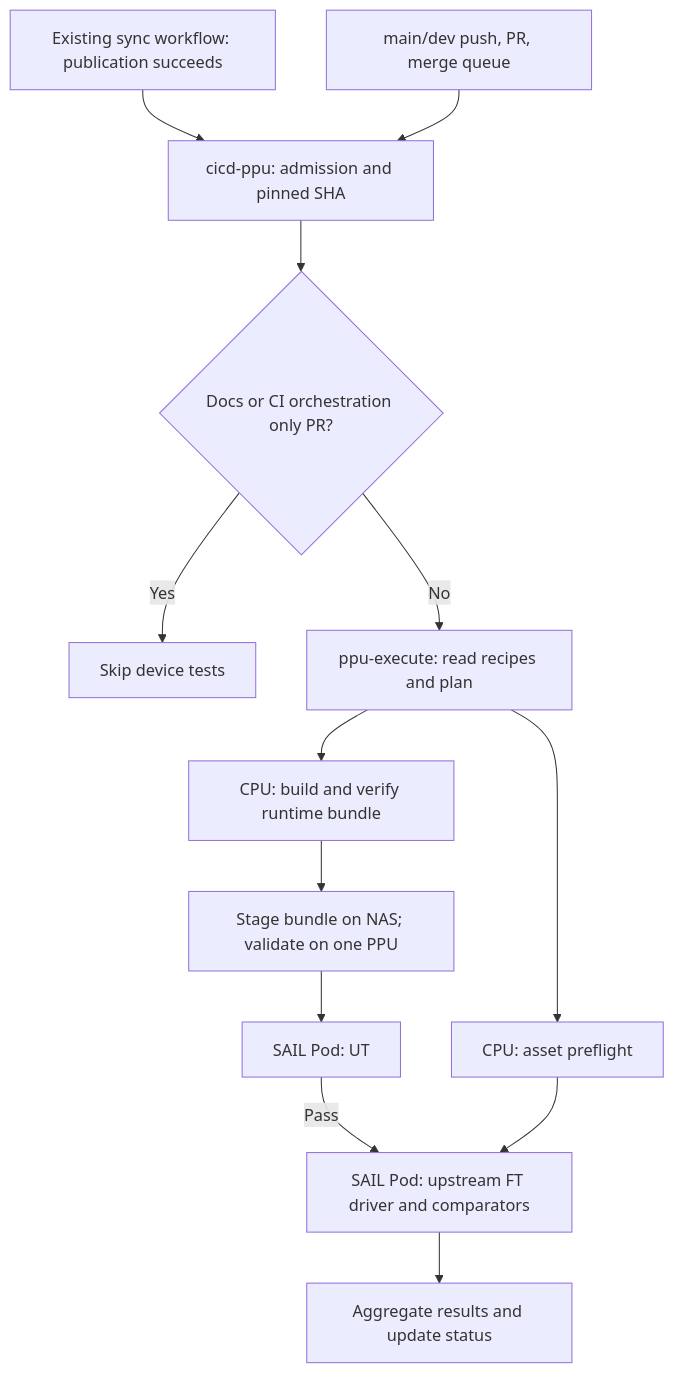
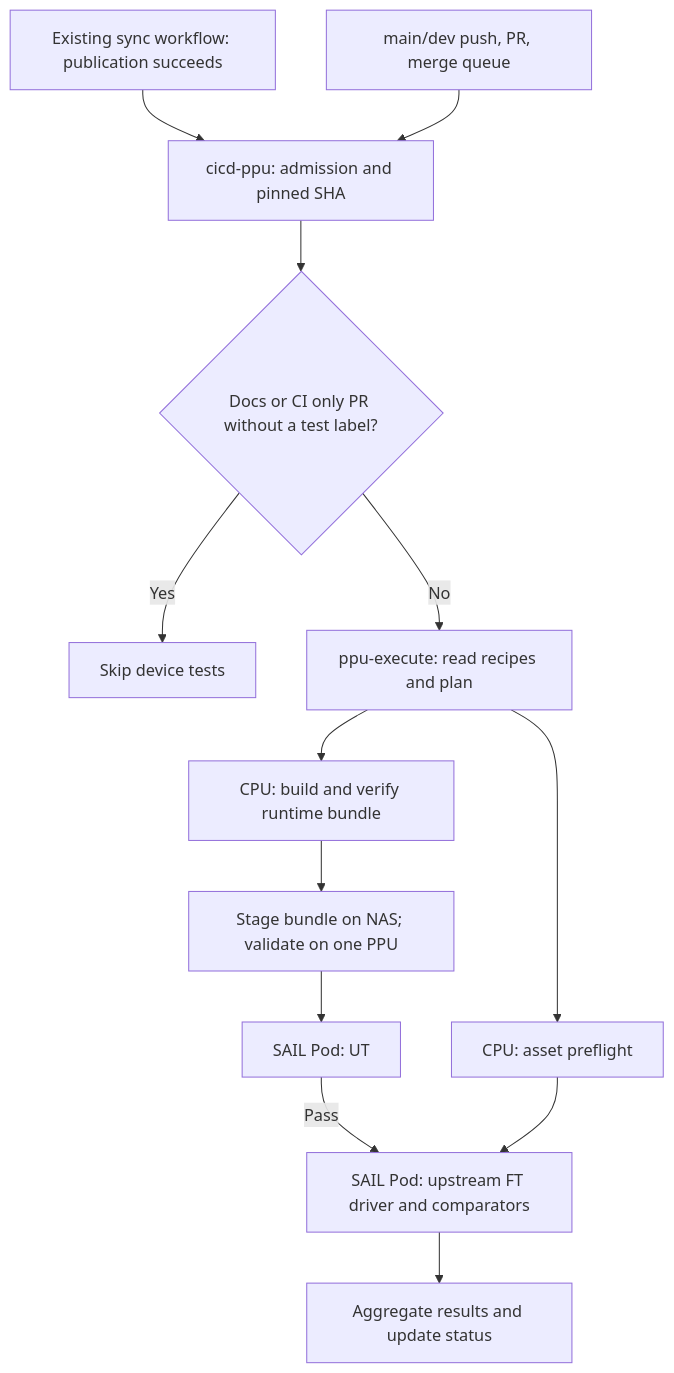
One commit to flytiger-eco/Megatron-LM-for-sail changed the diagram in docs/developer/ppu-ci.en.md. Above: the diagram before and after it, drawn with Mermaid. The commit also changed other lines of this file and 5 other files, not shown here.

````diff
--- a/docs/developer/ppu-ci.en.md
+++ b/docs/developer/ppu-ci.en.md
@@ -11,15 +11,15 @@
 ```mermaid
 flowchart TD
     S[Existing sync workflow: publication succeeds] --> A[cicd-ppu: admission and pinned SHA]
     P[main/dev push, PR, merge queue] --> A
-    A --> Q{Docs or CI orchestration only PR?}
+    A --> Q{Docs or CI only PR without a test label?}
     Q -->|Yes| X[Skip device tests]
     Q -->|No| C[ppu-execute: read recipes and plan]
     C --> D[CPU: asset preflight]
     C --> E[CPU: build and verify runtime bundle]
     E --> B[Stage bundle on NAS; validate on one PPU]
     B --> U[SAIL Pod: UT]
     U -->|Pass| F[SAIL Pod: upstream FT driver and comparators]
     D --> F
     F --> R[Aggregate results and update status]
 ```
````
